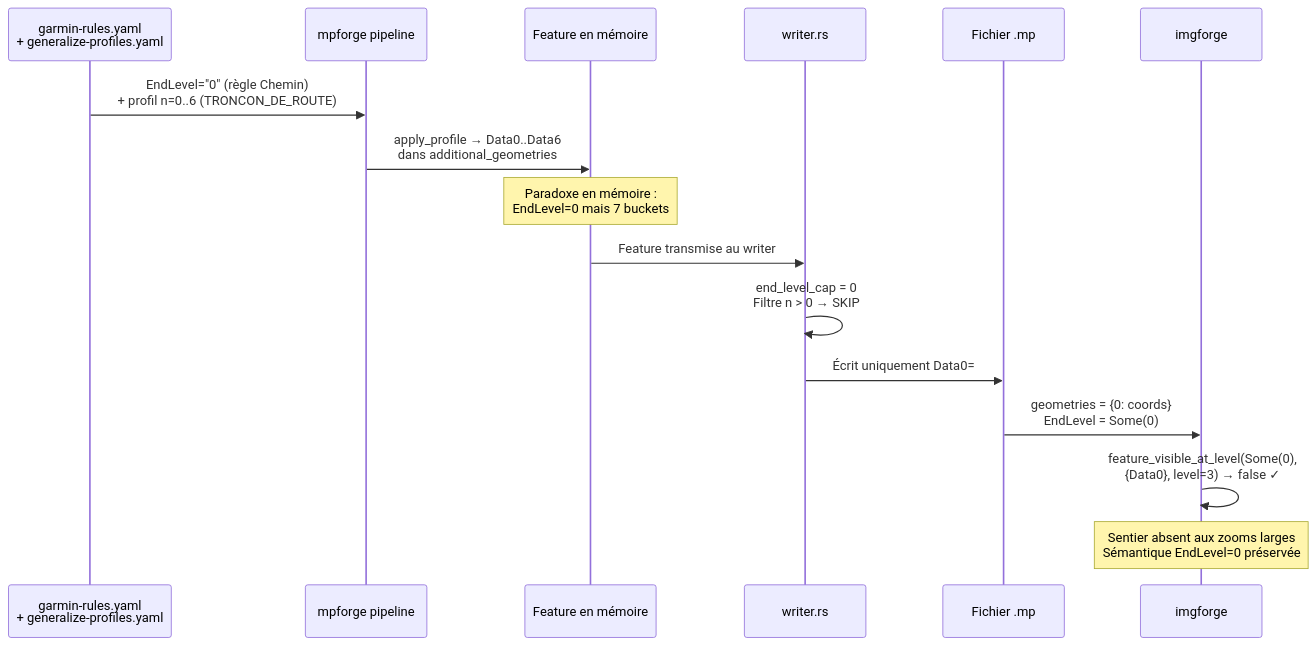
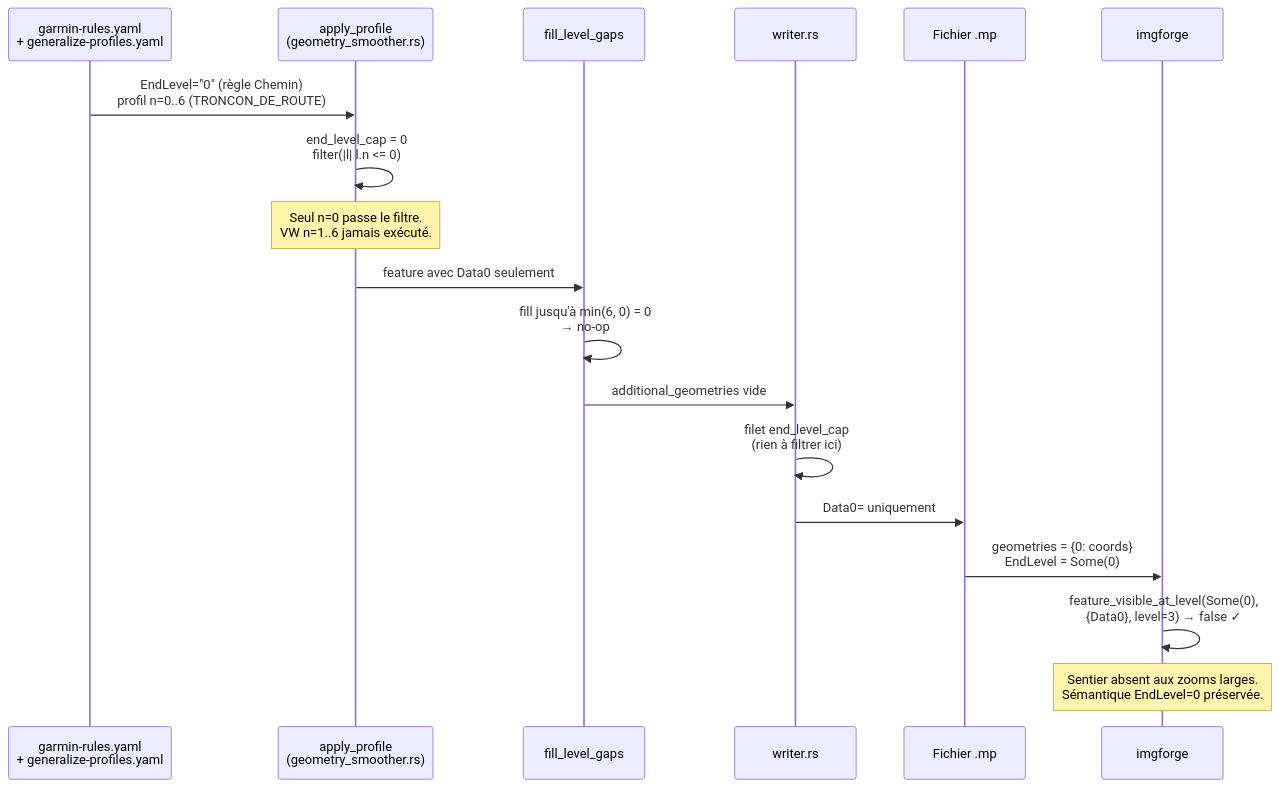
One commit to allfab/garmin-img-forge changed the fourth of 4 diagrams in site/docs/reference/generalize-profiles.md. Above: the diagram before and after it, drawn with Mermaid. The commit also changed other lines of this file, not shown here.

First line of the commit message:
docs(site): paradoxe profils/EndLevel=0 — documenter le double garde-fou

````diff
--- a/site/docs/reference/generalize-profiles.md
+++ b/site/docs/reference/generalize-profiles.md
@@ -339,19 +353,21 @@
 ```mermaid
 sequenceDiagram
     participant YAML as garmin-rules.yaml<br/>+ generalize-profiles.yaml
-    participant Pipeline as mpforge pipeline
-    participant Mem as Feature en mémoire
+    participant AP as apply_profile<br/>(geometry_smoother.rs)
+    participant GL as fill_level_gaps
     participant Writer as writer.rs
     participant MP as Fichier .mp
     participant Imgforge as imgforge
 
-    YAML->>Pipeline: EndLevel="0" (règle Chemin)<br/>+ profil n=0..6 (TRONCON_DE_ROUTE)
-    Pipeline->>Mem: apply_profile → Data0..Data6<br/>dans additional_geometries
-    Note over Mem: Paradoxe en mémoire :<br/>EndLevel=0 mais 7 buckets
-    Mem->>Writer: Feature transmise au writer
-    Writer->>Writer: end_level_cap = 0<br/>Filtre n > 0 → SKIP
-    Writer->>MP: Écrit uniquement Data0=
+    YAML->>AP: EndLevel="0" (règle Chemin)<br/>profil n=0..6 (TRONCON_DE_ROUTE)
+    AP->>AP: end_level_cap = 0<br/>filter(|l| l.n <= 0)
+    Note over AP: Seul n=0 passe le filtre.<br/>VW n=1..6 jamais exécuté.
+    AP->>GL: feature avec Data0 seulement
+    GL->>GL: fill jusqu'à min(6, 0) = 0<br/>→ no-op
+    GL->>Writer: additional_geometries vide
+    Writer->>Writer: filet end_level_cap<br/>(rien à filtrer ici)
+    Writer->>MP: Data0= uniquement
     MP->>Imgforge: geometries = {0: coords}<br/>EndLevel = Some(0)
     Imgforge->>Imgforge: feature_visible_at_level(Some(0),<br/>{Data0}, level=3) → false ✓
-    Note over Imgforge: Sentier absent aux zooms larges<br/>Sémantique EndLevel=0 préservée
+    Note over Imgforge: Sentier absent aux zooms larges.<br/>Sémantique EndLevel=0 préservée.
 ```
````
